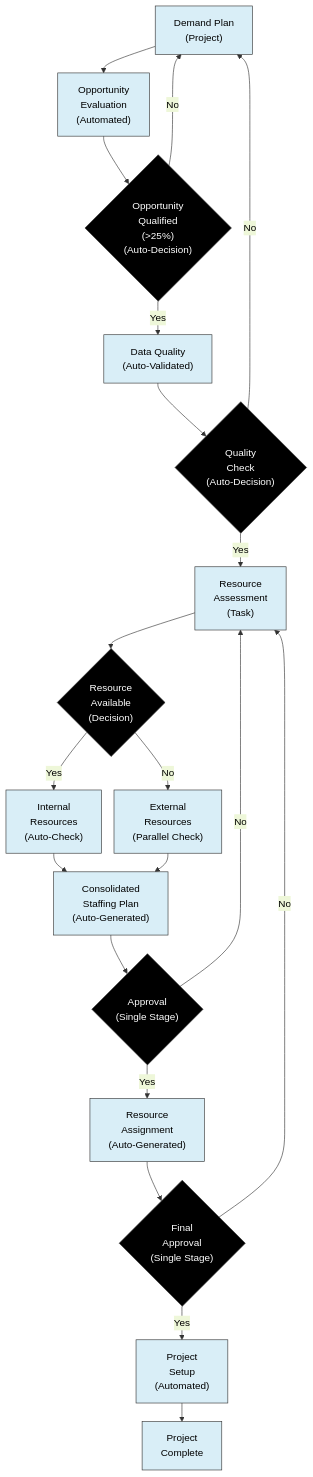
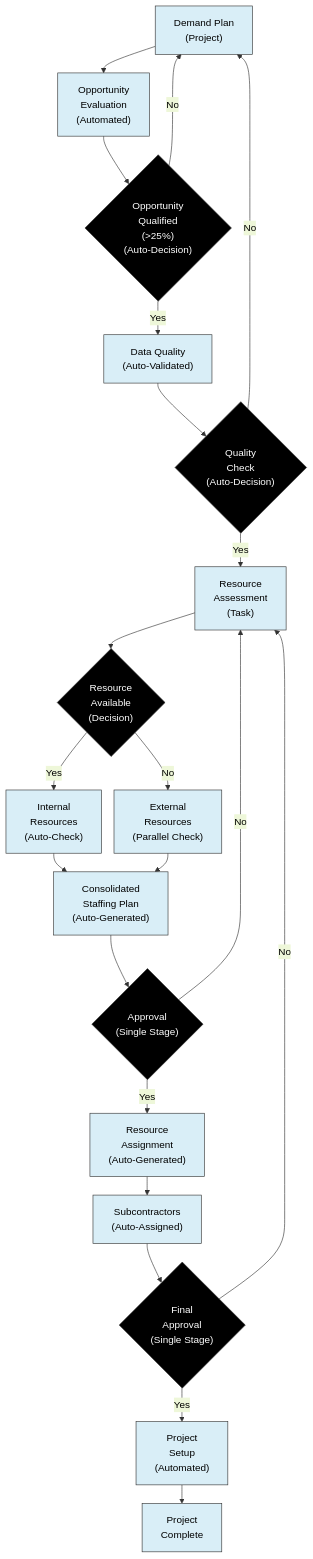
One commit to bprzybys-nc/lucidchart changed the diagram in doc/optimized-certinia-implementation.md. Above: the diagram before and after it, drawn with Mermaid. The commit also changed other lines of this file and 1 other file, not shown here.

````diff
--- a/doc/optimized-certinia-implementation.md
+++ b/doc/optimized-certinia-implementation.md
@@ -55,73 +56,75 @@
 ```mermaid
 %%{init: {
   'theme': 'base',
   'themeVariables': { 
     'background': 'transparent',
     'primaryColor': '#d9eef7',
     'primaryTextColor': 'black',
     'primaryBorderColor': '#333',
     'lineColor': '#333'
   },
   'flowchart': {
     'nodeSpacing': 20,
     'rankSpacing': 30,
     'curve': 'basis'
   }
 }}%%
 
 flowchart TB
     %% Style Definitions
     classDef defaultStyle fill:#d9eef7,stroke:#333,stroke-width:1px,color:black;
     classDef decisionStyle fill:black,stroke:#333,stroke-width:1px,color:white;
     classDef endStyle fill:#d9eef7,stroke:#333,stroke-width:1px,color:black;
 
     %% Initial Process Nodes
     n1["Demand Plan<br/>(Project)"]
     n2["Opportunity<br/>Evaluation<br/>(Automated)"]
     n3{"Opportunity<br/>Qualified<br/>(>25%)<br/>(Auto-Decision)"}
     n4["Data Quality<br/>(Auto-Validated)"]
     n5{"Quality<br/>Check<br/>(Auto-Decision)"}
     n51["Resource<br/>Assessment<br/>(Task)"]
 
     %% Expert Finding Nodes - Streamlined
     n52{"Resource<br/>Available<br/>(Decision)"}
     n520["Internal<br/>Resources<br/>(Auto-Check)"]
     n521["External<br/>Resources<br/>(Parallel Check)"]
     n522["Consolidated<br/>Staffing Plan<br/>(Auto-Generated)"]
     n523{"Approval<br/>(Single Stage)"}
 
     %% Final Process - Simplified
     n5230["Resource<br/>Assignment<br/>(Auto-Generated)"]
+    n5232220["Subcontractors<br/>(Auto-Assigned)"]
     n5231{"Final<br/>Approval<br/>(Single Stage)"}
     n5232["Project<br/>Setup<br/>(Automated)"]
     stop["Project<br/>Complete"]
 
     %% Streamlined Flow
     n1 --> n2
     n2 --> n3
     n3 -->|No| n1
     n3 -->|Yes| n4
     n4 --> n5
     n5 -->|No| n1
     n5 -->|Yes| n51
     
     %% Parallel Resource Assessment
     n51 --> n52
     n52 -->|Yes| n520
     n52 -->|No| n521
     n520 --> n522
     n521 --> n522
     n522 --> n523
     
     %% Simplified Approval and Assignment
     n523 -->|Yes| n5230
     n523 -->|No| n51
-    n5230 --> n5231
+    n5230 --> n5232220
+    n5232220 --> n5231
     n5231 -->|Yes| n5232
     n5231 -->|No| n51
     n5232 --> stop
 
     %% Apply Styles
-    class n1,n2,n4,n51,n520,n521,n522,n5230,n5232,stop defaultStyle;
+    class n1,n2,n4,n51,n520,n521,n522,n5230,n5232220,n5232,stop defaultStyle;
     class n3,n5,n52,n523,n5231 decisionStyle;
-``` 
+```
````
